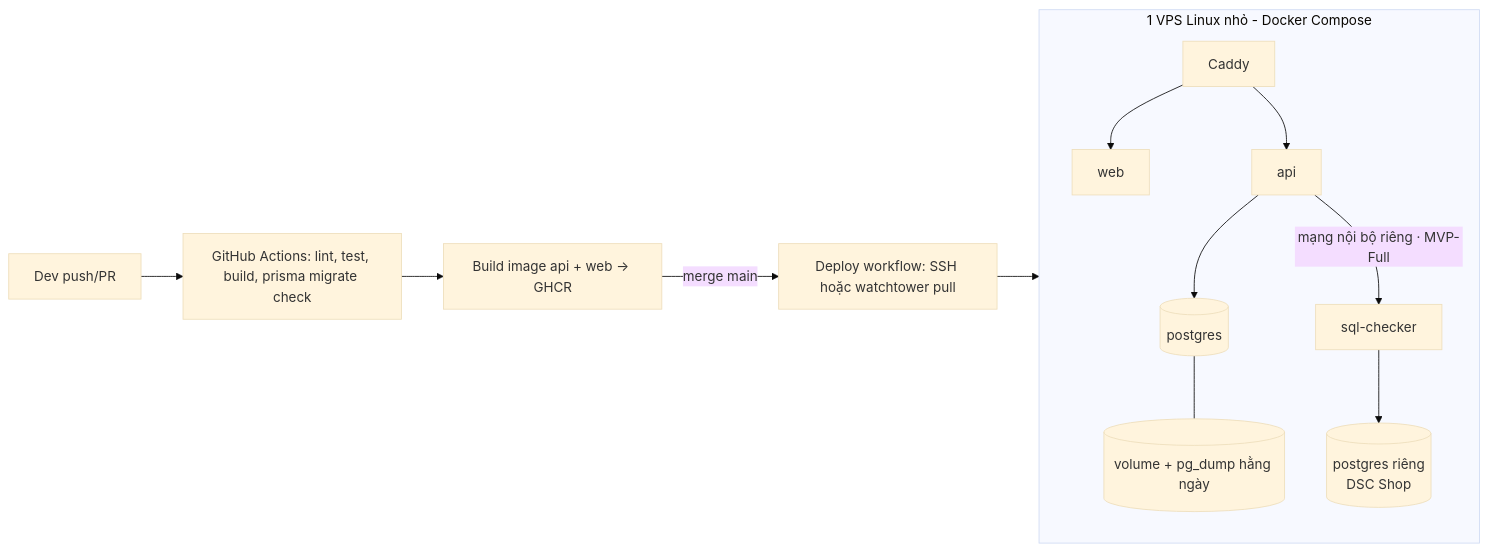
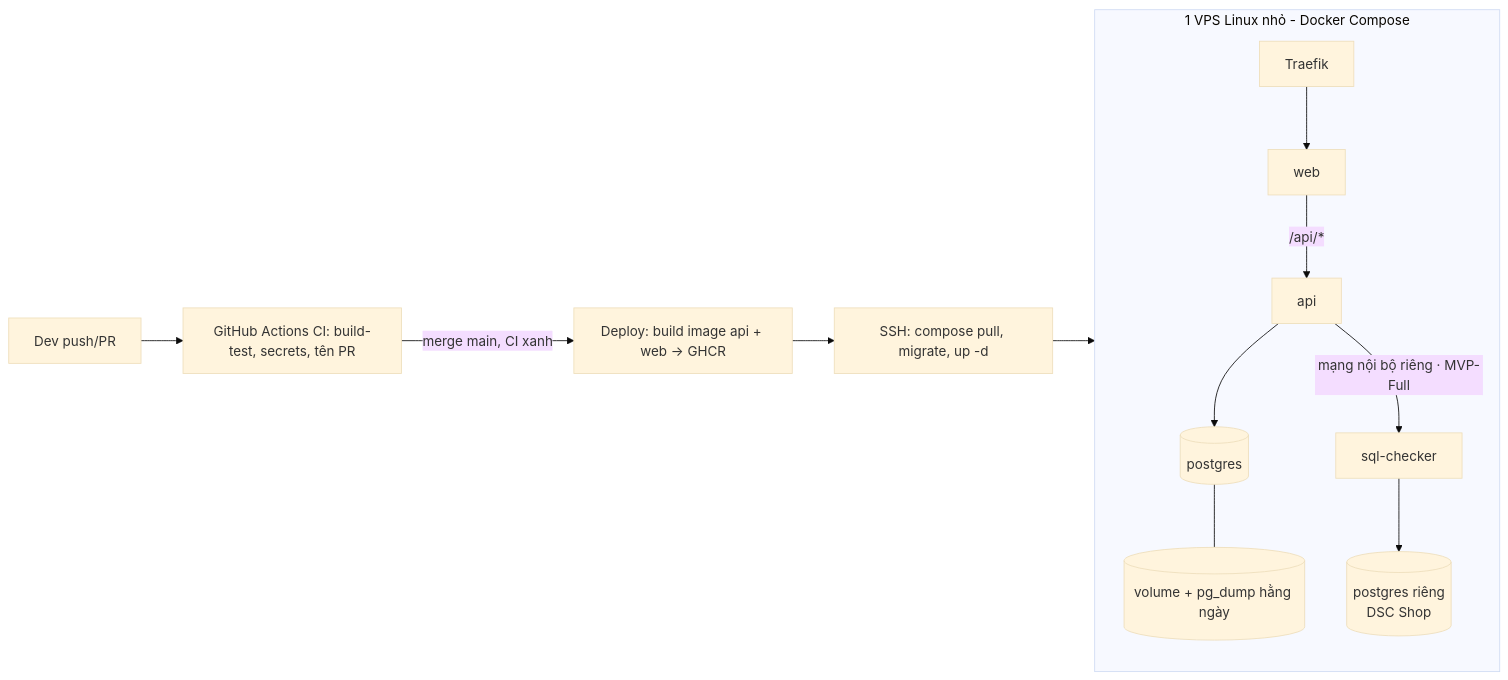
One commit to hcmute-dsc/learning-hub-docs changed the fourth of 4 diagrams in docs/product/ARCHITECTURE.md. Above: the diagram before and after it, drawn with Mermaid (base theme). The commit also changed other lines of this file and 2 other files, not shown here.

First line of the commit message:
Docs: as-built architecture with diagrams for handover (#31)

````diff
--- a/docs/product/ARCHITECTURE.md
+++ b/docs/product/ARCHITECTURE.md
@@ -190,15 +197,15 @@
 ```mermaid
 flowchart LR
-  Dev[Dev push/PR] --> CI[GitHub Actions: lint, test, build, prisma migrate check]
-  CI --> Img[Build image api + web → GHCR]
-  Img -->|merge main| Deploy[Deploy workflow: SSH hoặc watchtower pull]
+  Dev[Dev push/PR] --> CI[GitHub Actions CI: build-test, secrets, tên PR]
+  CI -->|merge main, CI xanh| Img[Deploy: build image api + web → GHCR]
+  Img --> Deploy[SSH: compose pull, migrate, up -d]
   subgraph VM[1 VPS Linux nhỏ - Docker Compose]
-    Caddy --> web
-    Caddy --> api
+    Traefik --> web
+    web -->|/api/*| api
     api --> db[(postgres)]
     db --- Vol[(volume + pg_dump hằng ngày)]
     api -->|mạng nội bộ riêng · MVP-Full| sqlc[sql-checker]
     sqlc --> sqldb[(postgres riêng<br/>DSC Shop)]
   end
   Deploy --> VM
 ```
````
